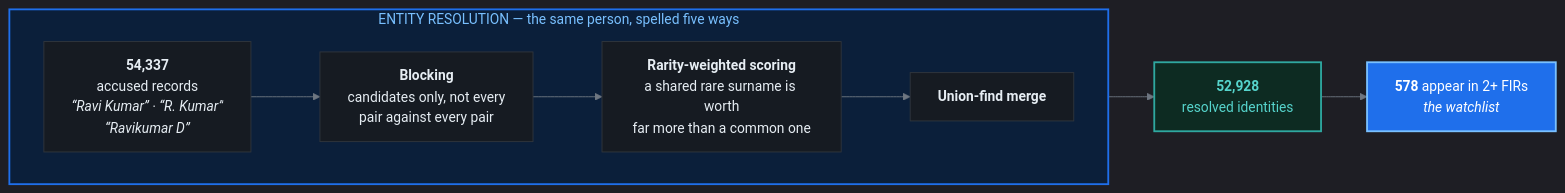
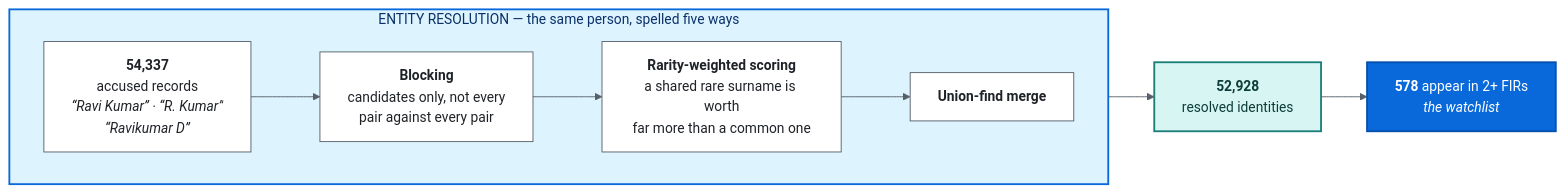
The sixth of 6 diagrams in README.md (adarshcod30/Kadi), drawn with Mermaid before and after one commit. The commit also changed other lines of this file and 1 other file, not shown here.

First line of the commit message:
Make the diagrams read on a light page as well as a dark one

````diff
--- a/README.md
+++ b/README.md
@@ -637,23 +637,23 @@
 ```mermaid
-%%{init: {'theme':'dark','themeVariables':{'fontSize':'15px','lineColor':'#6e7681','primaryTextColor':'#e6edf3'}}}%%
+%%{init: {'theme':'base','themeVariables':{'fontSize':'15px','lineColor':'#57606a','primaryTextColor':'#1f2328','edgeLabelBackground':'#ffffff'}}}%%
 flowchart LR
     subgraph ER["ENTITY RESOLUTION — the same person, spelled five ways"]
         direction LR
         R1["<b>54,337</b><br/>accused records<br/><i>“Ravi Kumar” · “R. Kumar”<br/>“Ravikumar D”</i>"]
         R2["<b>Blocking</b><br/>candidates only, not every<br/>pair against every pair"]
         R3["<b>Rarity-weighted scoring</b><br/>a shared rare surname is worth<br/>far more than a common one"]
         R4["<b>Union-find merge</b>"]
         R1 --> R2 --> R3 --> R4
     end
     R5["<b>52,928</b><br/>resolved identities"]
     R6["<b>578</b> appear in 2+ FIRs<br/><i>the watchlist</i>"]
     R4 --> R5 --> R6
 
-    classDef box  fill:#161b22,stroke:#30363d,stroke-width:1px,color:#e6edf3
-    classDef good fill:#0d2b22,stroke:#2FA8A0,stroke-width:2px,color:#56d4cc
-    classDef key  fill:#1f6feb,stroke:#79c0ff,stroke-width:2px,color:#ffffff
+    classDef box  fill:#ffffff,stroke:#57606a,stroke-width:1px,color:#1f2328
+    classDef good fill:#d7f5f2,stroke:#1a7f78,stroke-width:2px,color:#0d3d3a
+    classDef key  fill:#0969da,stroke:#0550ae,stroke-width:2px,color:#ffffff
     class R1,R2,R3,R4 box
     class R5 good
     class R6 key
-    style ER fill:#0b1f3a,stroke:#1f6feb,stroke-width:2px,color:#79c0ff
+    style ER fill:#ddf4ff,stroke:#0969da,stroke-width:2px,color:#0a3069
 ```
````
